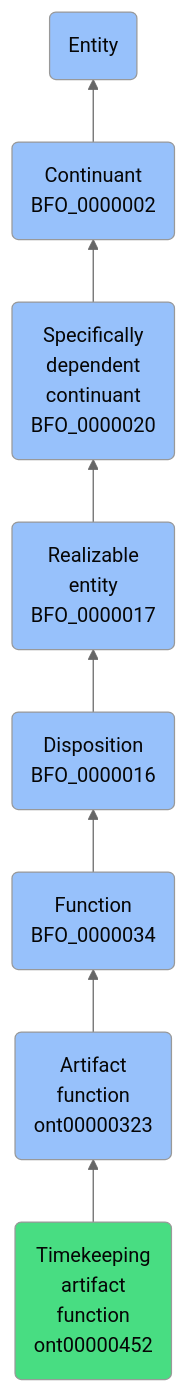
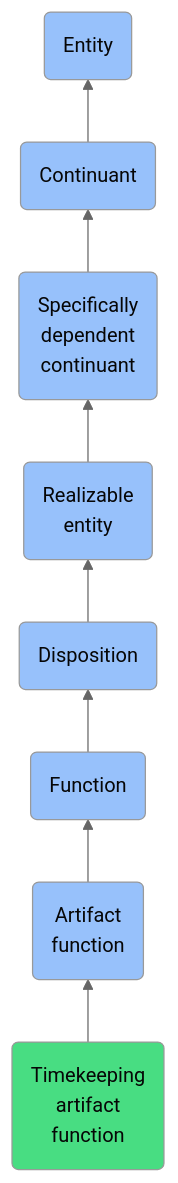
The diagram in docs/ontology/reference/model/Entity/Continuant/Specifically dependent continuant/Realizable entity/Disposition/Function/Artifact function/Timekeeping artifact function/Timekeeping artifact function.md (jupyter-naas/abi), drawn with Mermaid (neutral theme) before and after one commit. The commit also changed other lines of this file and 1430 other files, not shown here.

````diff
--- a/docs/ontology/reference/model/Entity/Continuant/Specifically dependent continuant/Realizable entity/Disposition/Function/Artifact function/Timekeeping artifact function/Timekeeping artifact function.md
+++ b/docs/ontology/reference/model/Entity/Continuant/Specifically dependent continuant/Realizable entity/Disposition/Function/Artifact function/Timekeeping artifact function/Timekeeping artifact function.md
@@ -24,15 +24,15 @@
 ```mermaid
 graph BT
-    ont00000452(Timekeeping<br>artifact<br>function<br>ont00000452):::ABI-->ont00000323
-    ont00000323(Artifact<br>function<br>ont00000323):::BFO-->BFO_0000034
-    BFO_0000034(Function<br>BFO_0000034):::BFO-->BFO_0000016
-    BFO_0000016(Disposition<br>BFO_0000016):::BFO-->BFO_0000017
-    BFO_0000017(Realizable<br>entity<br>BFO_0000017):::BFO-->BFO_0000020
-    BFO_0000020(Specifically<br>dependent<br>continuant<br>BFO_0000020):::BFO-->BFO_0000002
-    BFO_0000002(Continuant<br>BFO_0000002):::BFO-->BFO_0000001
+    ont00000452(Timekeeping<br>artifact<br>function):::ABI-->ont00000323
+    ont00000323(Artifact<br>function):::BFO-->BFO_0000034
+    BFO_0000034(Function):::BFO-->BFO_0000016
+    BFO_0000016(Disposition):::BFO-->BFO_0000017
+    BFO_0000017(Realizable<br>entity):::BFO-->BFO_0000020
+    BFO_0000020(Specifically<br>dependent<br>continuant):::BFO-->BFO_0000002
+    BFO_0000002(Continuant):::BFO-->BFO_0000001
     BFO_0000001(Entity):::BFO
     
     classDef BFO fill:#97c1fb,color:#060606
     classDef CCO fill:#e4c51e,color:#060606
     classDef ABI fill:#48DD82,color:#060606
 ```
````
